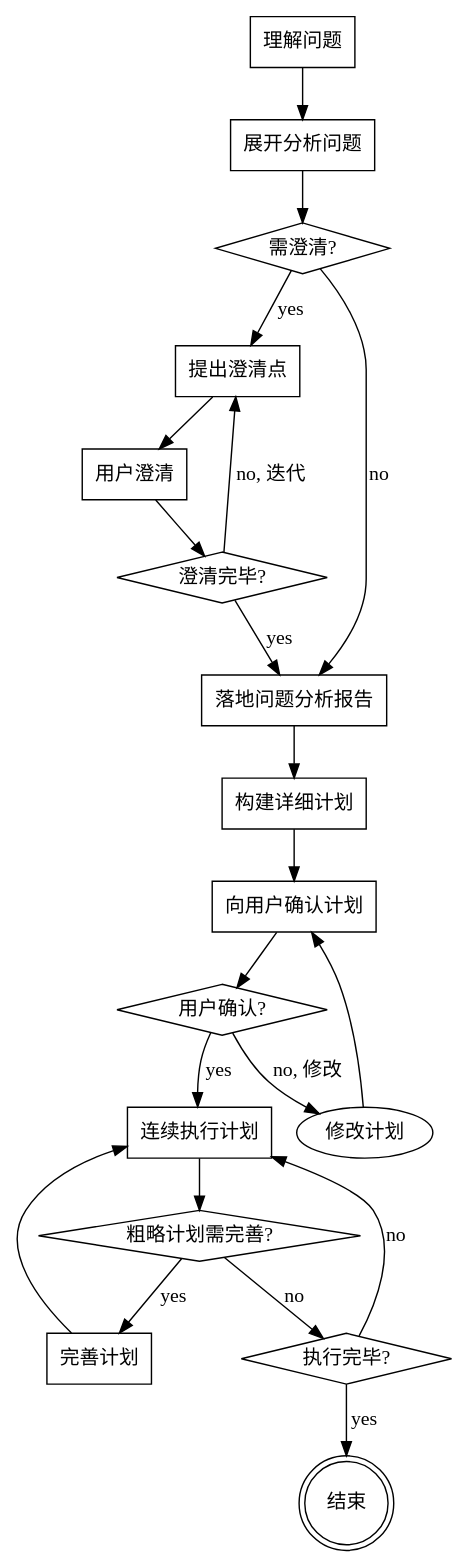
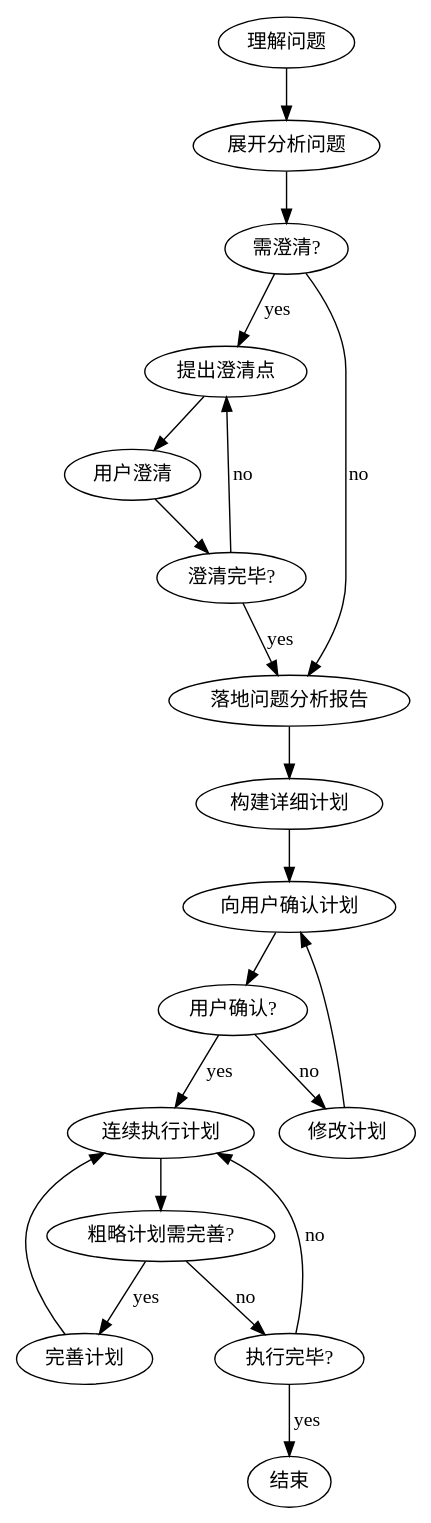
The diagram in skills/long-term-task/SKILL.md (hellyguo/self-ai-spec), drawn with Graphviz before and after one commit. The commit also changed other lines of this file and 84 other files, not shown here.

````diff
--- a/skills/long-term-task/SKILL.md
+++ b/skills/long-term-task/SKILL.md
@@ -34,40 +30,24 @@
 ```dot
 digraph long_task {
-    "理解问题" [shape=box];
-    "展开分析问题" [shape=box];
-    "需澄清?" [shape=diamond];
-    "提出澄清点" [shape=box];
-    "用户澄清" [shape=box];
-    "澄清完毕?" [shape=diamond];
-    "落地问题分析报告" [shape=box];
-    "构建详细计划" [shape=box];
-    "向用户确认计划" [shape=box];
-    "用户确认?" [shape=diamond];
-    "连续执行计划" [shape=box];
-    "粗略计划需完善?" [shape=diamond];
-    "完善计划" [shape=box];
-    "执行完毕?" [shape=diamond];
-    "结束" [shape=doublecircle];
-
     "理解问题" -> "展开分析问题";
     "展开分析问题" -> "需澄清?";
     "需澄清?" -> "提出澄清点" [label="yes"];
     "需澄清?" -> "落地问题分析报告" [label="no"];
     "提出澄清点" -> "用户澄清";
     "用户澄清" -> "澄清完毕?";
-    "澄清完毕?" -> "提出澄清点" [label="no, 迭代"];
+    "澄清完毕?" -> "提出澄清点" [label="no"];
     "澄清完毕?" -> "落地问题分析报告" [label="yes"];
     "落地问题分析报告" -> "构建详细计划";
     "构建详细计划" -> "向用户确认计划";
     "向用户确认计划" -> "用户确认?";
-    "用户确认?" -> "修改计划" [label="no, 修改"];
+    "用户确认?" -> "修改计划" [label="no"];
     "修改计划" -> "向用户确认计划";
     "用户确认?" -> "连续执行计划" [label="yes"];
     "连续执行计划" -> "粗略计划需完善?";
     "粗略计划需完善?" -> "完善计划" [label="yes"];
     "完善计划" -> "连续执行计划";
     "粗略计划需完善?" -> "执行完毕?" [label="no"];
     "执行完毕?" -> "连续执行计划" [label="no"];
     "执行完毕?" -> "结束" [label="yes"];
 }
 ```
````
